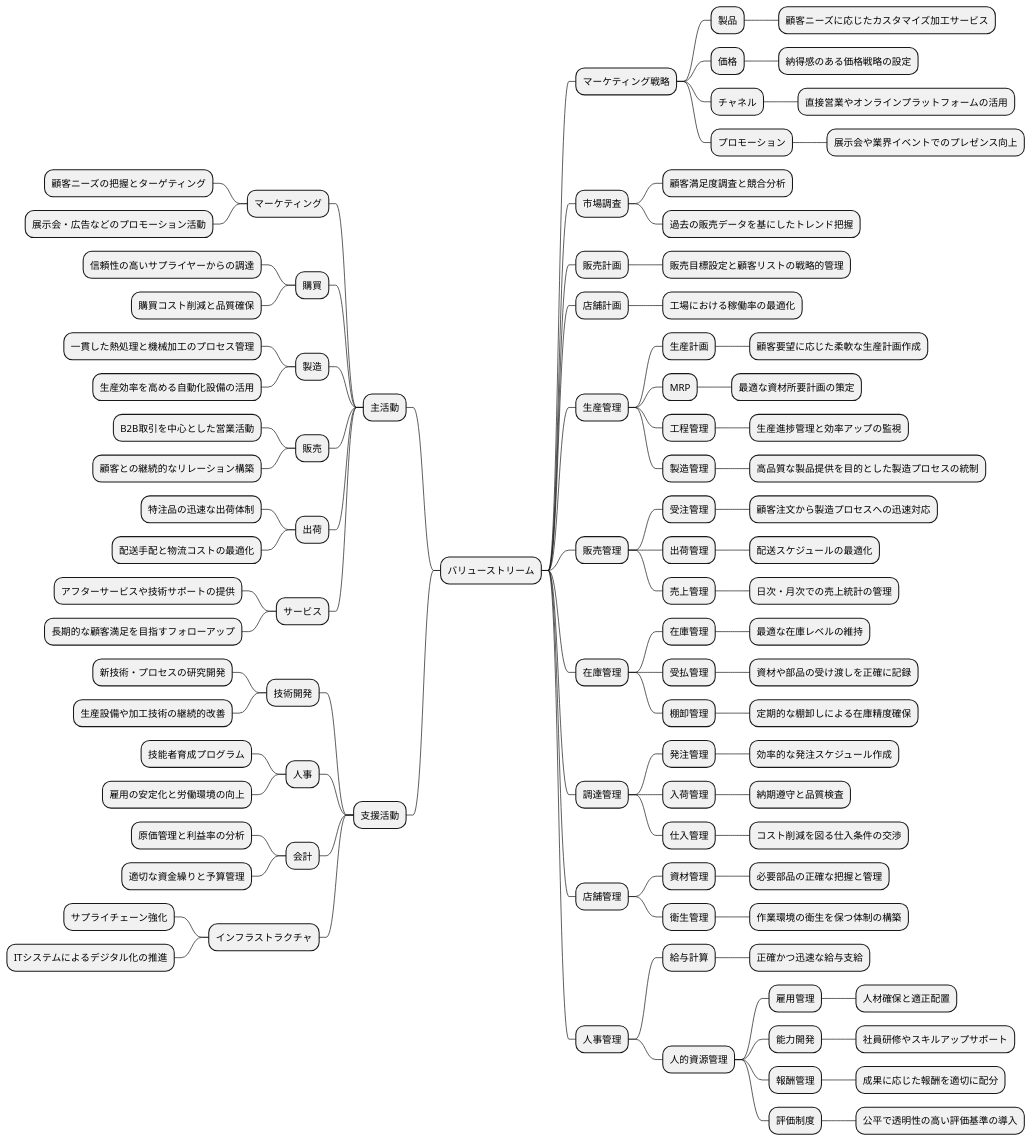
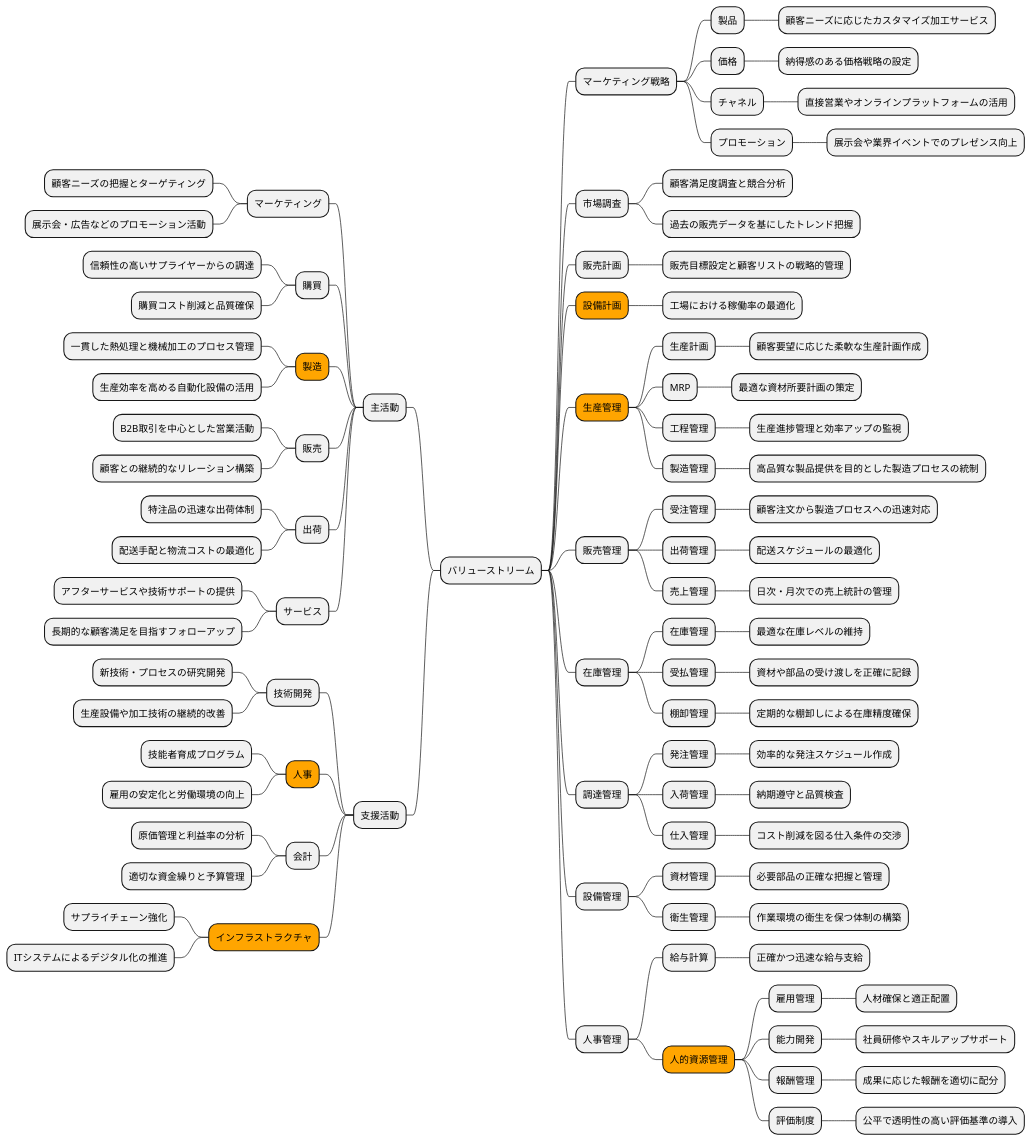
One commit to k2works/case-study-business-analysis changed diagram 12 of 19 in docs/case/r01_case_3.adoc. Above: the diagram before and after it, drawn with PlantUML. The commit also changed other lines of this file, not shown here.

```diff
--- a/docs/case/r01_case_3.adoc
+++ b/docs/case/r01_case_3.adoc
@@ -500,7 +530,7 @@
 *** 購買
 **** 信頼性の高いサプライヤーからの調達
 **** 購買コスト削減と品質確保
-*** 製造
+***[#orange] 製造
 **** 一貫した熱処理と機械加工のプロセス管理
 **** 生産効率を高める自動化設備の活用
 *** 販売
@@ -516,13 +546,13 @@
 *** 技術開発
 **** 新技術・プロセスの研究開発
 **** 生産設備や加工技術の継続的改善
-*** 人事
+***[#orange] 人事
 **** 技能者育成プログラム
 **** 雇用の安定化と労働環境の向上
 *** 会計
 **** 原価管理と利益率の分析
 **** 適切な資金繰りと予算管理
-*** インフラストラクチャ
+***[#orange] インフラストラクチャ
 **** サプライチェーン強化
 **** ITシステムによるデジタル化の推進
 right side
@@ -540,9 +570,9 @@
 *** 過去の販売データを基にしたトレンド把握
 ** 販売計画
 *** 販売目標設定と顧客リストの戦略的管理
-** 店舗計画
+**[#orange] 設備計画
 *** 工場における稼働率の最適化
-** 生産管理
+**[#orange] 生産管理
 *** 生産計画
 **** 顧客要望に応じた柔軟な生産計画作成
 *** MRP
@@ -572,7 +602,7 @@
 **** 納期遵守と品質検査
 *** 仕入管理
 **** コスト削減を図る仕入条件の交渉
-** 店舗管理
+** 設備管理
 *** 資材管理
 **** 必要部品の正確な把握と管理
 *** 衛生管理
@@ -580,7 +610,7 @@
 ** 人事管理
 *** 給与計算
 **** 正確かつ迅速な給与支給
-*** 人的資源管理
+***[#orange] 人的資源管理
 **** 雇用管理
 ***** 人材確保と適正配置
 **** 能力開発
```
